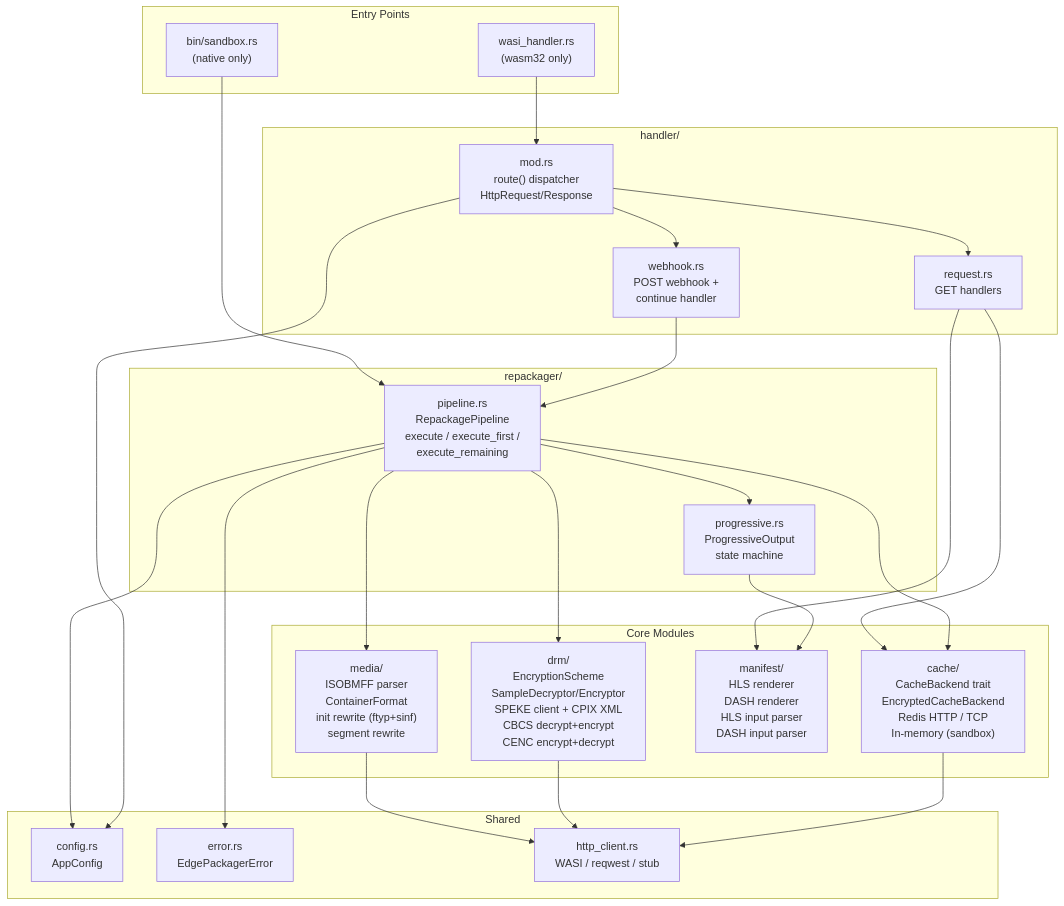
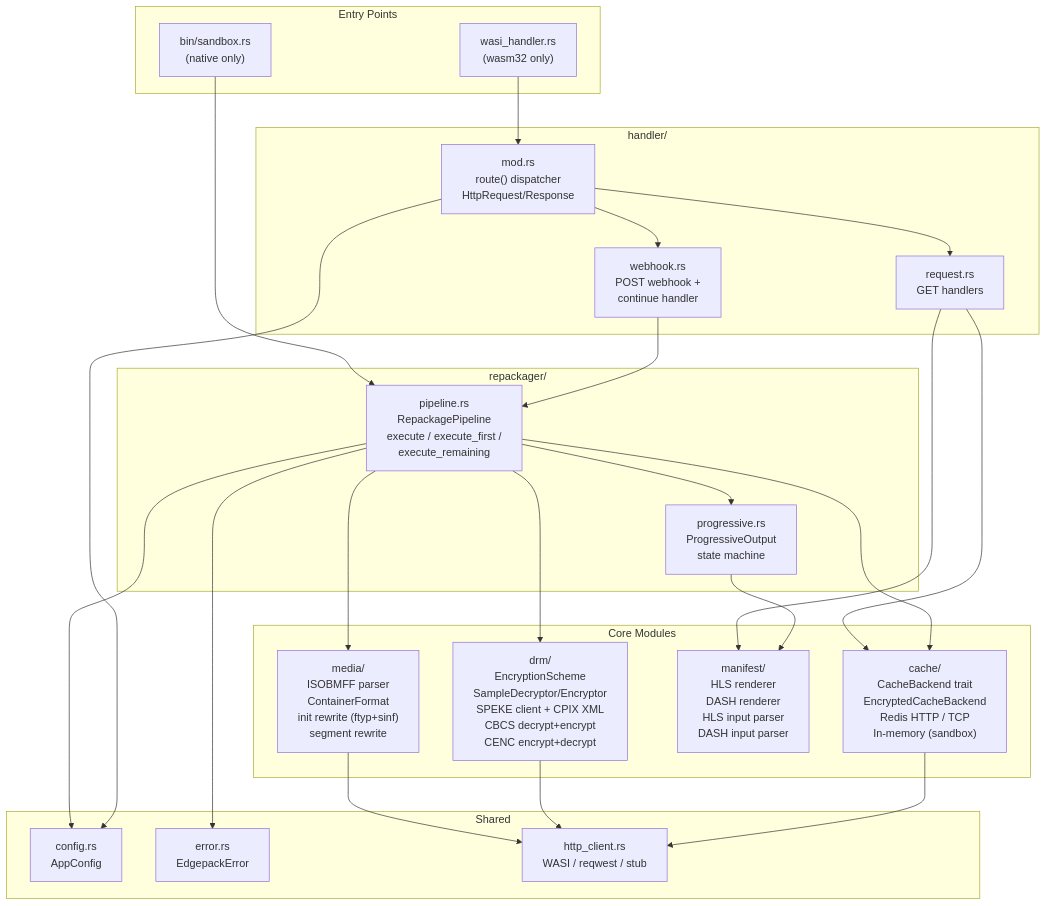
The third of 10 diagrams in docs/architecture.md (adrums86/edgepack), drawn with Mermaid before and after one commit. The commit also changed other lines of this file and 32 other files, not shown here.

````diff
--- a/docs/architecture.md
+++ b/docs/architecture.md
@@ -110,54 +110,54 @@
 ```mermaid
 graph TD
     subgraph Entry["Entry Points"]
         WASI["wasi_handler.rs<br/>(wasm32 only)"]
         Sandbox["bin/sandbox.rs<br/>(native only)"]
     end
 
     subgraph Handler["handler/"]
         Router["mod.rs<br/>route() dispatcher<br/>HttpRequest/Response"]
         Request["request.rs<br/>GET handlers"]
         Webhook["webhook.rs<br/>POST webhook +<br/>continue handler"]
     end
 
     subgraph Repackager["repackager/"]
         RPipeline["pipeline.rs<br/>RepackagePipeline<br/>execute / execute_first /<br/>execute_remaining"]
         Progressive["progressive.rs<br/>ProgressiveOutput<br/>state machine"]
     end
 
     subgraph Core["Core Modules"]
         Media["media/<br/>ISOBMFF parser<br/>ContainerFormat<br/>init rewrite (ftyp+sinf)<br/>segment rewrite"]
         DRMMod["drm/<br/>EncryptionScheme<br/>SampleDecryptor/Encryptor<br/>SPEKE client + CPIX XML<br/>CBCS decrypt+encrypt<br/>CENC encrypt+decrypt"]
         Manifest["manifest/<br/>HLS renderer<br/>DASH renderer<br/>HLS input parser<br/>DASH input parser"]
         CacheMod2["cache/<br/>CacheBackend trait<br/>EncryptedCacheBackend<br/>Redis HTTP / TCP<br/>In-memory (sandbox)"]
     end
 
     subgraph Shared["Shared"]
         Config["config.rs<br/>AppConfig"]
-        Error["error.rs<br/>EdgePackagerError"]
+        Error["error.rs<br/>EdgepackError"]
         HTTP["http_client.rs<br/>WASI / reqwest / stub"]
     end
 
     WASI --> Router
     Sandbox --> RPipeline
 
     Router --> Request
     Router --> Webhook
     Request --> CacheMod2
     Request --> Manifest
     Webhook --> RPipeline
 
     RPipeline --> Media
     RPipeline --> DRMMod
     RPipeline --> Progressive
     RPipeline --> CacheMod2
     Progressive --> Manifest
 
     Media --> HTTP
     DRMMod --> HTTP
     CacheMod2 --> HTTP
 
     RPipeline --> Config
     RPipeline --> Error
     Router --> Config
 ```
````
